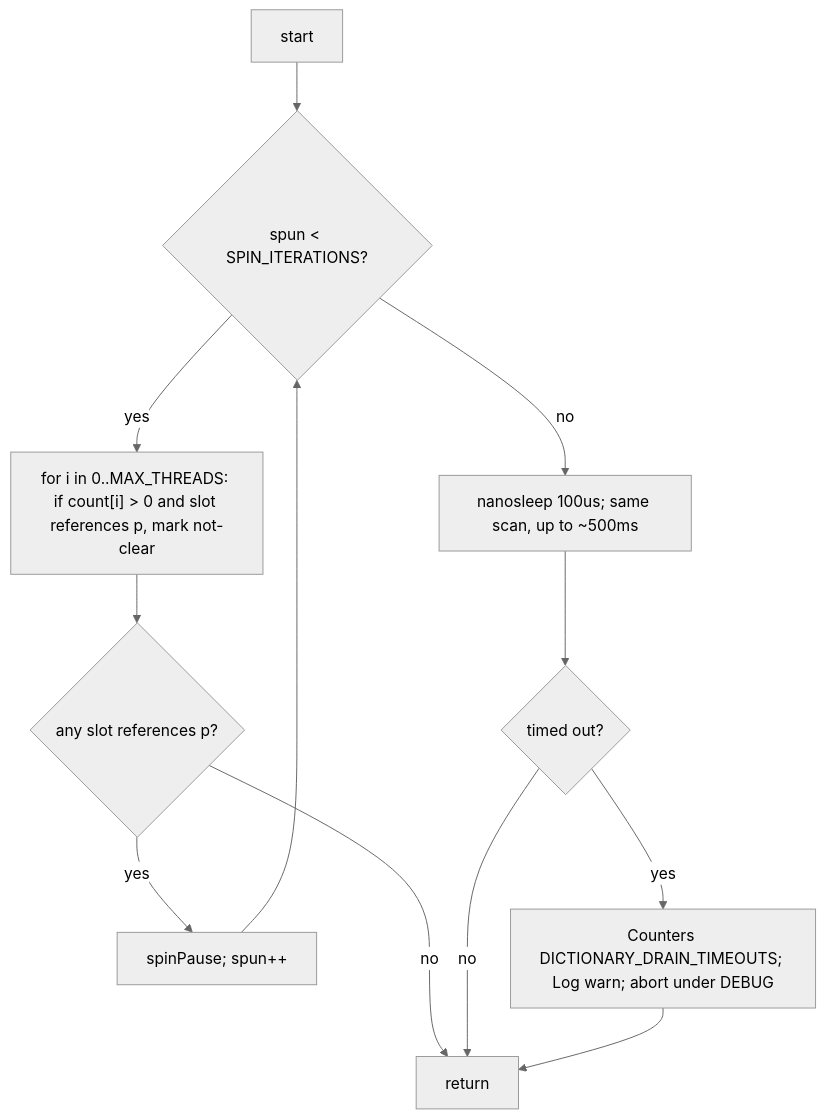
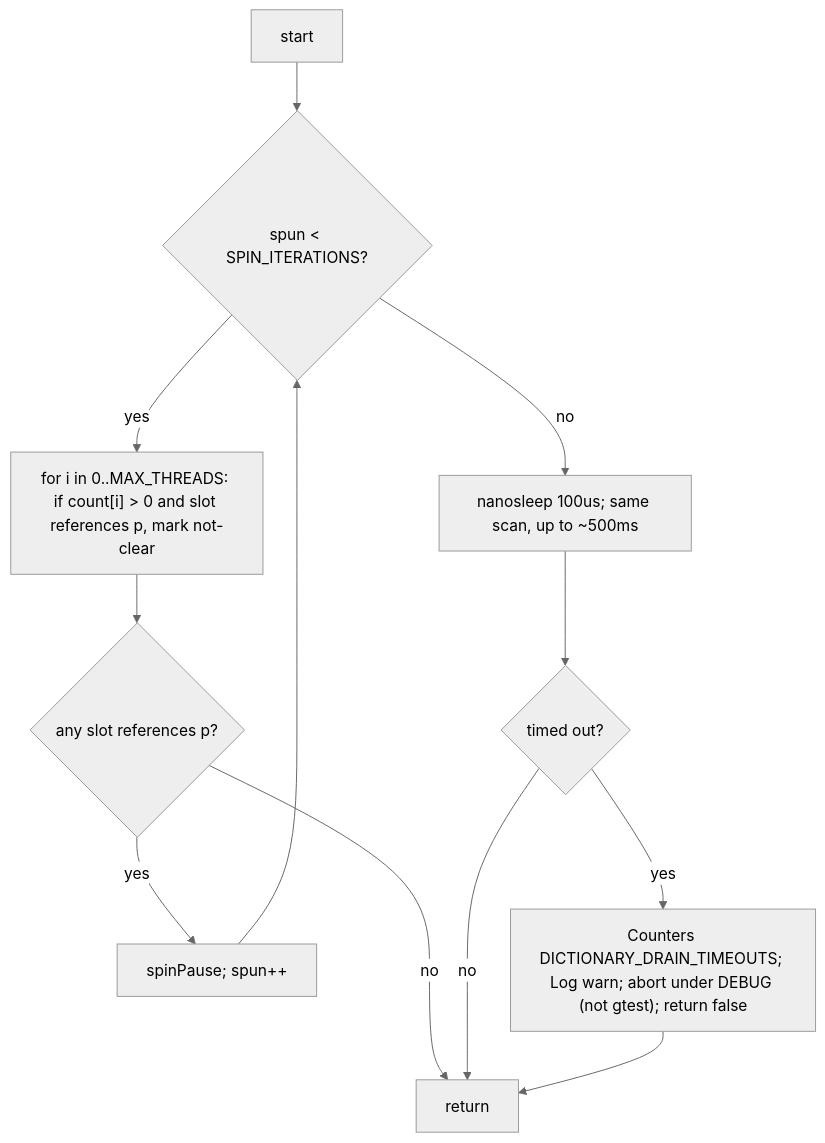
One commit to DataDog/java-profiler changed the sixth of 6 diagrams in doc/architecture/RefCountGuard.md. Above: the diagram before and after it, drawn with Mermaid (neutral theme). The commit also changed other lines of this file and 10 other files, not shown here.

First line of the commit message:
Never free a call-trace table a put() may still hold after a drain timeout (#840)

````diff
--- a/doc/architecture/RefCountGuard.md
+++ b/doc/architecture/RefCountGuard.md
@@ -189,14 +189,14 @@
 ```mermaid
 flowchart TD
     start[start] --> spin{"spun &lt; SPIN_ITERATIONS?"}
     spin -->|"yes"| scan["for i in 0..MAX_THREADS: if count[i] &gt; 0 and slot references p, mark not-clear"]
     scan --> chk{"any slot references p?"}
     chk -->|"no"| done[return]
     chk -->|"yes"| pause["spinPause; spun++"]
     pause --> spin
     spin -->|"no"| sleep_loop["nanosleep 100us; same scan, up to ~500ms"]
     sleep_loop --> timeout{"timed out?"}
     timeout -->|"no"| done
-    timeout -->|"yes"| warn["Counters DICTIONARY_DRAIN_TIMEOUTS; Log warn; abort under DEBUG"]
+    timeout -->|"yes"| warn["Counters DICTIONARY_DRAIN_TIMEOUTS; Log warn; abort under DEBUG (not gtest); return false"]
     warn --> done
 ```
````
